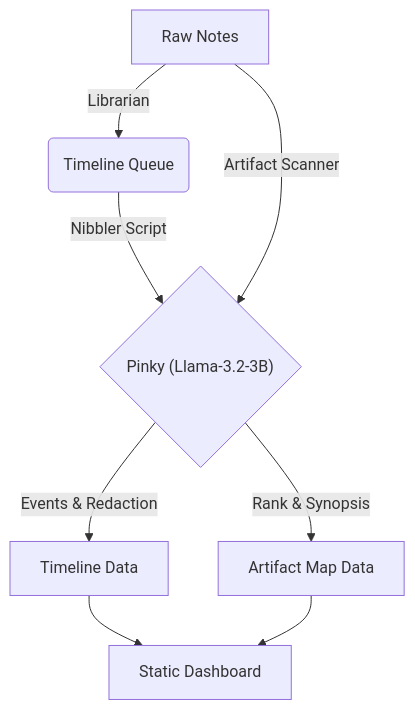
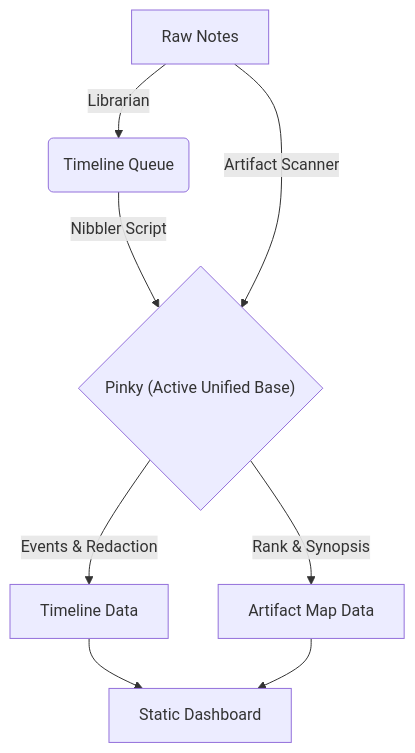
One commit to kEnder242/Portfolio_Dev changed the diagram in README.md. Above: the diagram before and after it, drawn with Mermaid. The commit also changed other lines of this file and 6 other files, not shown here.

````diff
--- a/README.md
+++ b/README.md
@@ -24,9 +24,9 @@
 ```mermaid
 graph TD
     A[Raw Notes] -->|Librarian| B(Timeline Queue)
-    B -->|Nibbler Script| C{"Pinky (Llama-3.2-3B)"}
+    B -->|Nibbler Script| C{"Pinky (Active Unified Base)"}
     A -->|Artifact Scanner| C
     C -->|Events & Redaction| D[Timeline Data]
     C -->|Rank & Synopsis| E[Artifact Map Data]
     D & E --> F[Static Dashboard]
 ```
````
